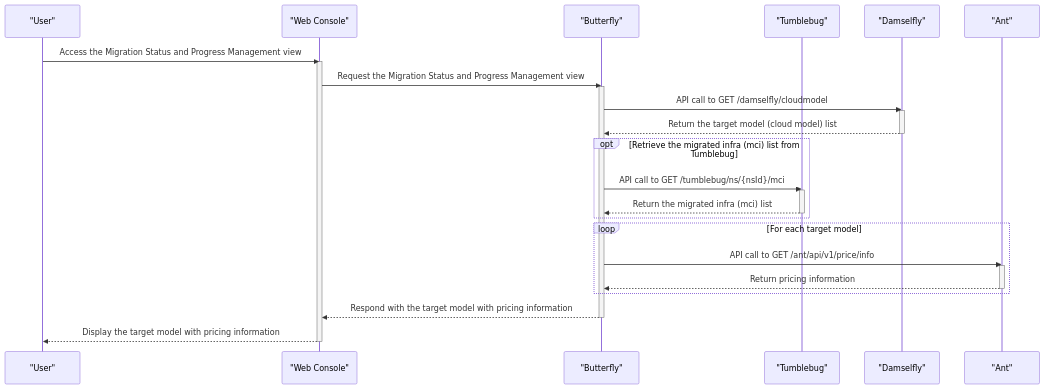
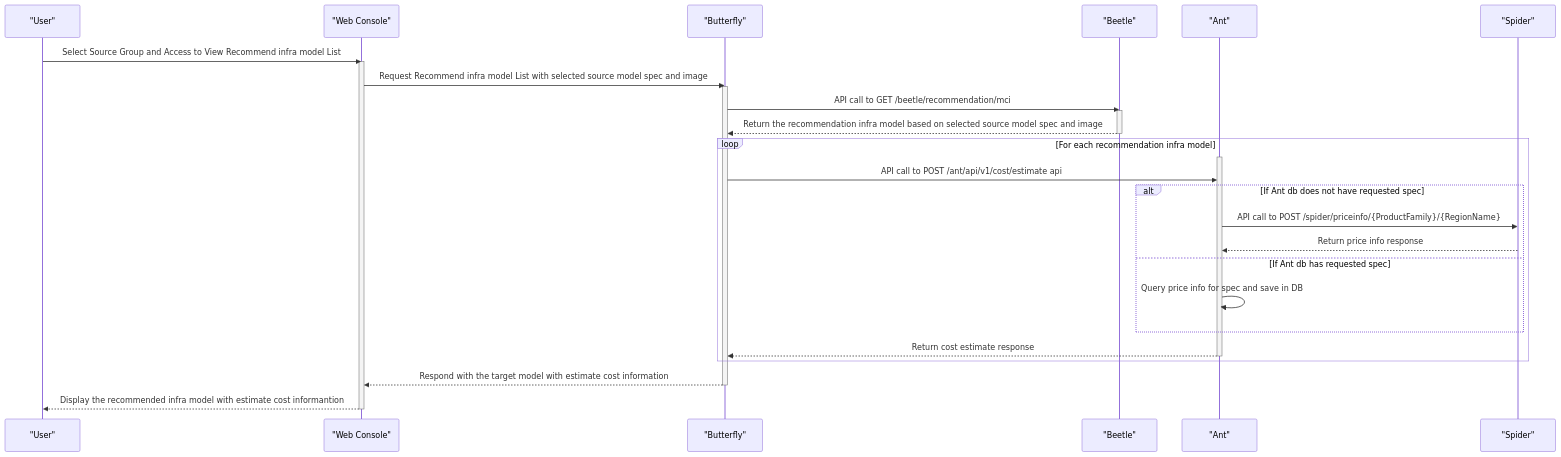
Diagram 12 of 12 in docs/sequence-diagrams-for-user-scenarios.md (cloud-barista/cloud-migrator), drawn with Mermaid before and after one commit. The commit also changed other lines of this file, not shown here.

Commit message:
update sequence diagram for estimate cost flow

````diff
--- a/docs/sequence-diagrams-for-user-scenarios.md
+++ b/docs/sequence-diagrams-for-user-scenarios.md
@@ -668,42 +665,42 @@
 ```mermaid
 sequenceDiagram
     participant User as "User"
     participant Browser as "Web Console"
     participant Butterfly as "Butterfly"
-    participant Tumblebug as "Tumblebug"
-    participant Damselfly as "Damselfly"
+    participant Beetle as "Beetle"
     participant Ant as "Ant"
+    participant Spider as "Spider"
 	
-	%% Step 0: User accesses Migration Status and Progress Management View
-    User->>Browser: Access the Migration Status and Progress Management view
+
+    User->>Browser: Select Source Group and Access to View Recommend infra model List
     activate Browser
-    Browser->>Butterfly: Request the Migration Status and Progress Management view
+    Browser->>Butterfly: Request Recommend infra model List with selected source model spec and image
     activate Butterfly
 	
-	%% Retrieve the target model list from Damselfly	
-	Butterfly->>Damselfly: API call to GET /damselfly/cloudmodel
-	activate Damselfly
-	Damselfly-->>Butterfly: Return the target model (cloud model) list
-	deactivate Damselfly
-		
-	%% Get the migrated infra info in case the mci info is used 
-	opt Retrieve the migrated infra (mci) list from Tumblebug
-	    Butterfly->>Tumblebug: API call to GET /tumblebug/ns/{nsId}/mci
-	    activate Tumblebug
-	    Tumblebug-->>Butterfly: Return the migrated infra (mci) list
-	    deactivate Tumblebug
+
+	Butterfly->>Beetle: API call to GET /beetle/recommendation/mci
+	activate Beetle
+	Beetle-->>Butterfly: Return the recommendation infra model based on selected source model spec and image
+	deactivate Beetle
+
+
+	loop For each recommendation infra model
+		activate Ant
+        Butterfly->>Ant: API call to POST /ant/api/v1/cost/estimate api
+        
+        alt If Ant db does not have requested spec
+            Ant->>Spider: API call to POST /spider/priceinfo/{ProductFamily}/{RegionName}
+            Spider-->>Ant: Return price info response
+        else If Ant db has requested spec
+            Ant ->> Ant: Query price info for spec and save in DB
+        end    
+		Ant-->>Butterfly: Return cost estimate response
+		deactivate Ant
 	end
 
-	%% Estimate/retrieve price info of all target models
-	loop For each target model
-	    Butterfly->>Ant: API call to GET /ant/api/v1/price/info
-		activate Ant
-		Ant-->>Butterfly: Return pricing information
-		deactivate Ant
-	end
-	Butterfly-->>Browser: Respond with the target model with pricing information
+	Butterfly-->>Browser: Respond with the target model with estimate cost information
     deactivate Butterfly
-    Browser-->>User: Display the target model with pricing information
+    Browser-->>User: Display the recommended infra model with estimate cost informantion
     deactivate Browser
 
 ```
````
